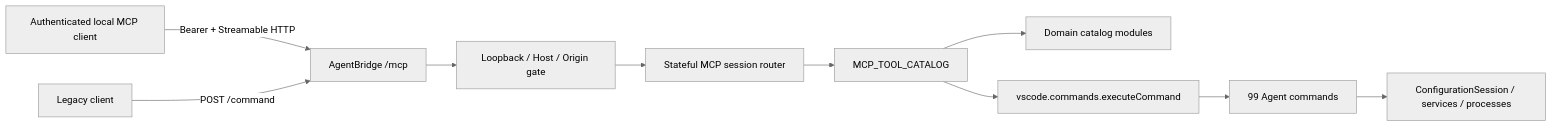
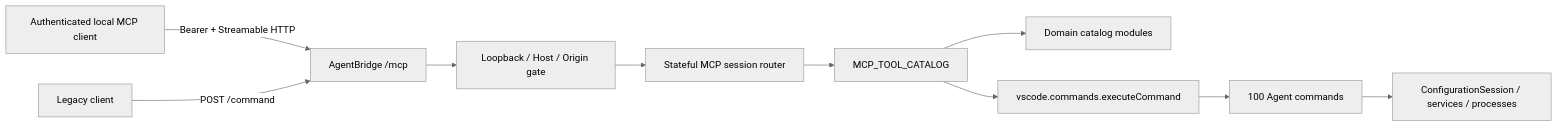
One commit to lekot/VScodePluginFor1CDev changed the diagram in docs/features/mcp-agent-adapter/design.md. Above: the diagram before and after it, drawn with Mermaid (neutral theme). The commit also changed other lines of this file and 2 other files, not shown here.

Commit message:
docs(agent): update operation count to 100 and document cdt_resolve_source_address in README (#135)

````diff
--- a/docs/features/mcp-agent-adapter/design.md
+++ b/docs/features/mcp-agent-adapter/design.md
@@ -25,12 +25,12 @@
 ```mermaid
 flowchart LR
     C["Authenticated local MCP client"] -->|"Bearer + Streamable HTTP"| B["AgentBridge /mcp"]
     L["Legacy client"] -->|"POST /command"| B
     B --> G["Loopback / Host / Origin gate"]
     G --> R["Stateful MCP session router"]
     R --> K["MCP_TOOL_CATALOG"]
     K --> D["Domain catalog modules"]
     K --> V["vscode.commands.executeCommand"]
-    V --> A["99 Agent commands"]
+    V --> A["100 Agent commands"]
     A --> Q["ConfigurationSession / services / processes"]
 ```
````
